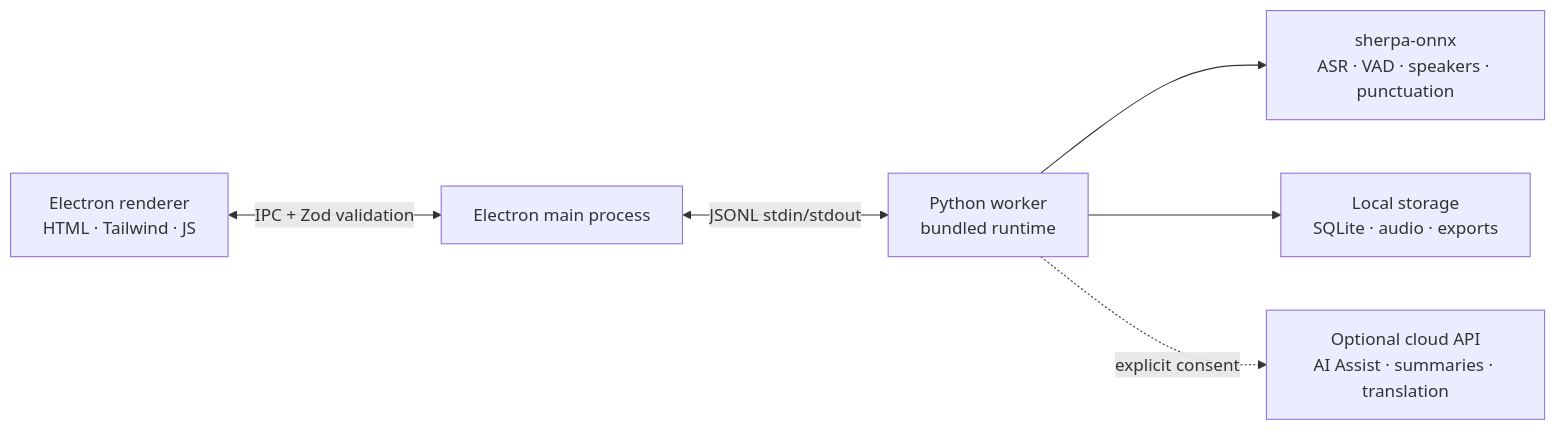
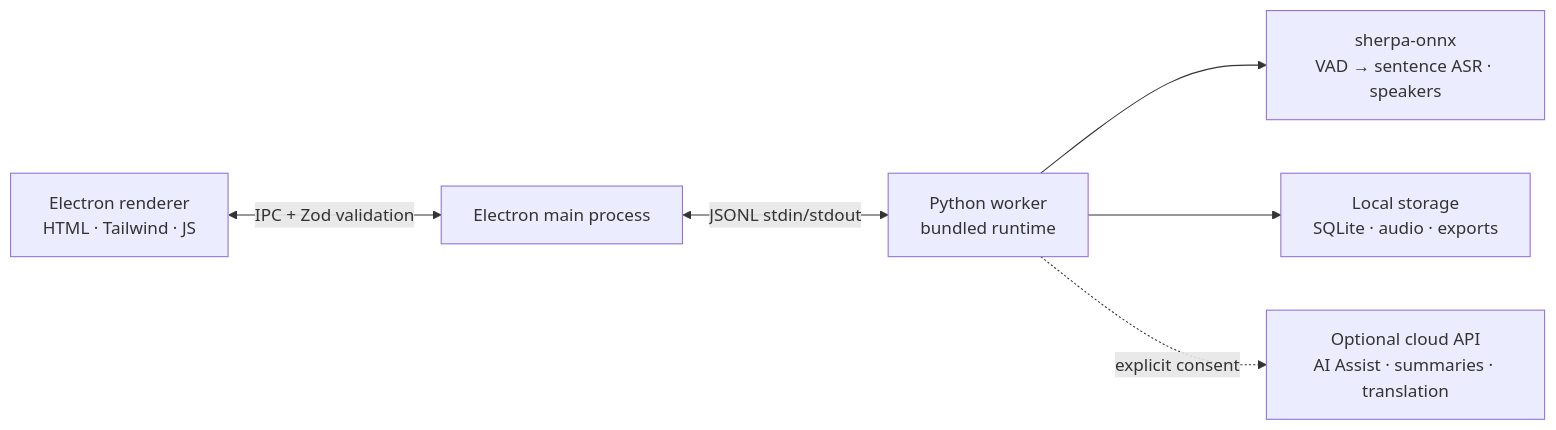
One commit to zerolovesea/Brevia changed the diagram in README.md. Above: the diagram before and after it, drawn with Mermaid. The commit also changed other lines of this file and 57 other files, not shown here.

````diff
--- a/README.md
+++ b/README.md
@@ -90,8 +90,8 @@
 ```mermaid
 flowchart LR
   A[Electron renderer<br/>HTML · Tailwind · JS] <-->|IPC + Zod validation| B[Electron main process]
   B <-->|JSONL stdin/stdout| C[Python worker<br/>bundled runtime]
-  C --> D[sherpa-onnx<br/>ASR · VAD · speakers · punctuation]
+  C --> D[sherpa-onnx<br/>VAD → sentence ASR · speakers]
   C --> E[Local storage<br/>SQLite · audio · exports]
   C -. explicit consent .-> F[Optional cloud API<br/>AI Assist · summaries · translation]
 ```
````
